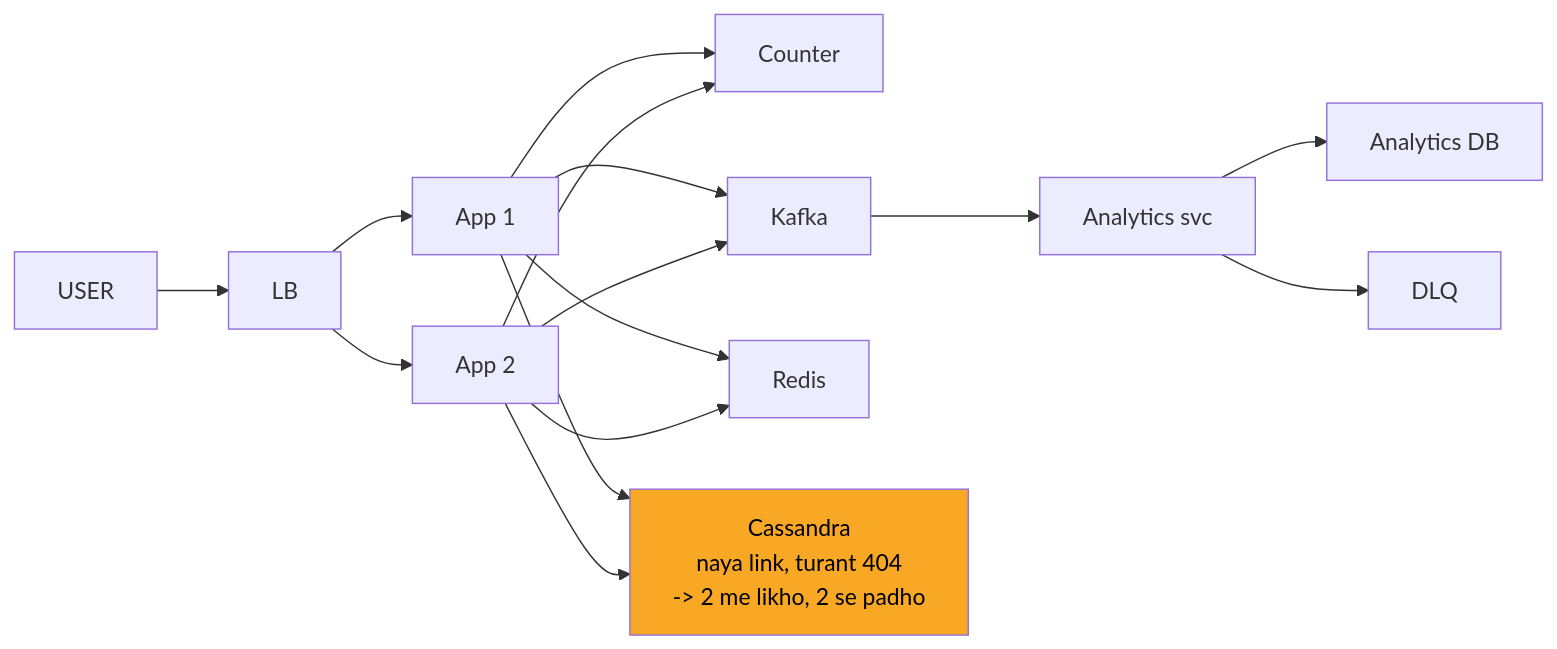
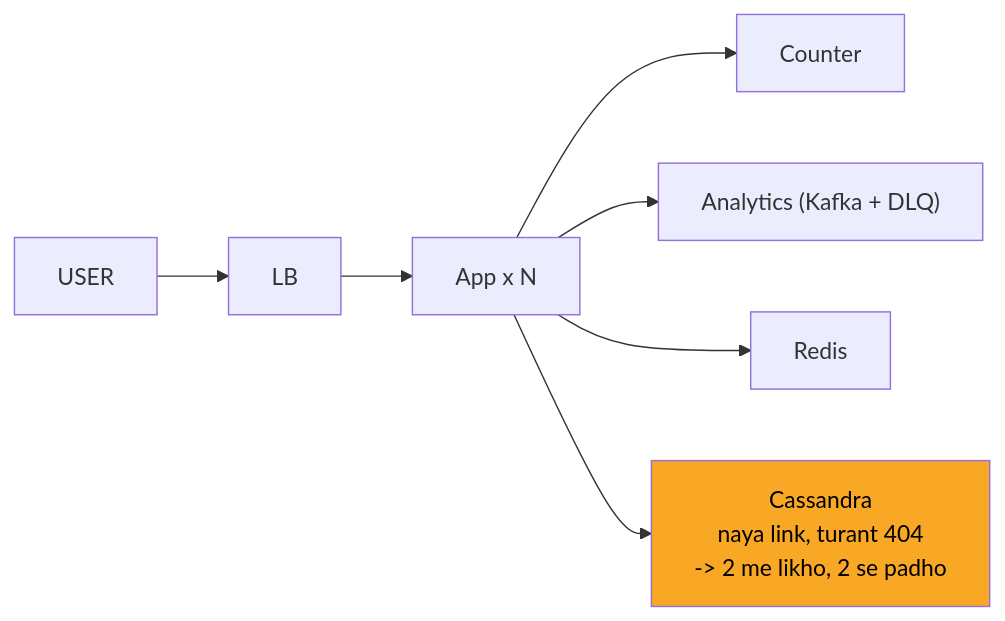
One commit to ArpanMaheshwari144/Prep changed the seventh of 10 diagrams in 04_HLD/SYSTEM_DESIGNS/01_url_shortener/01_url_shortener.md. Above: the diagram before and after it, drawn with Mermaid. The commit also changed other lines of this file and 11 other files, not shown here.

Commit message:
hld: card diagrams max 8 boxes (App x N, merged stores/chains; full diagram only in AAKHRI DABBA)

````diff
--- a/04_HLD/SYSTEM_DESIGNS/01_url_shortener/01_url_shortener.md
+++ b/04_HLD/SYSTEM_DESIGNS/01_url_shortener/01_url_shortener.md
@@ -314,29 +292,17 @@
 ```mermaid
 flowchart LR
     n_USER["USER"]
     n_LB["LB"]
-    n_App_x_N_1["App 1"]
-    n_App_x_N_2["App 2"]
+    n_App_xN["App x N"]
     n_Counter["Counter"]
-    n_Kafka["Kafka"]
-    n_Analytics_svc["Analytics svc"]
-    n_Analytics_DB["Analytics DB"]
-    n_DLQ["DLQ"]
+    n_ANA["Analytics (Kafka + DLQ)"]
     n_Redis["Redis"]
     n_Cassandra["Cassandra<br/>naya link, turant 404<br/>-> 2 me likho, 2 se padho"]
     n_USER --> n_LB
-    n_LB --> n_App_x_N_1
-    n_LB --> n_App_x_N_2
-    n_App_x_N_1 --> n_Counter
-    n_App_x_N_2 --> n_Counter
-    n_App_x_N_1 --> n_Kafka
-    n_App_x_N_2 --> n_Kafka
-    n_App_x_N_1 --> n_Redis
-    n_App_x_N_2 --> n_Redis
-    n_Kafka --> n_Analytics_svc
-    n_Analytics_svc --> n_Analytics_DB
-    n_App_x_N_1 --> n_Cassandra
-    n_App_x_N_2 --> n_Cassandra
-    n_Analytics_svc --> n_DLQ
+    n_LB --> n_App_xN
+    n_App_xN --> n_Counter
+    n_App_xN --> n_ANA
+    n_App_xN --> n_Redis
+    n_App_xN --> n_Cassandra
     style n_Cassandra fill:#f9a825,color:#000
 ```
````
